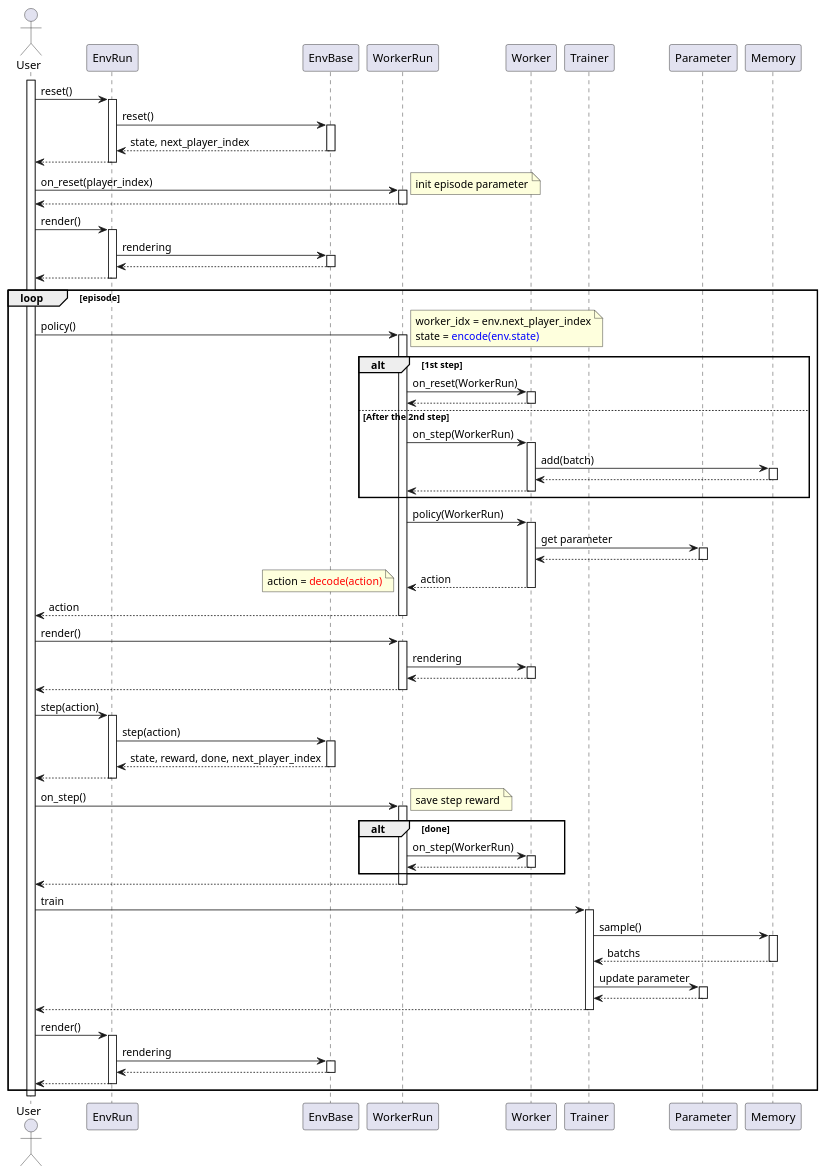
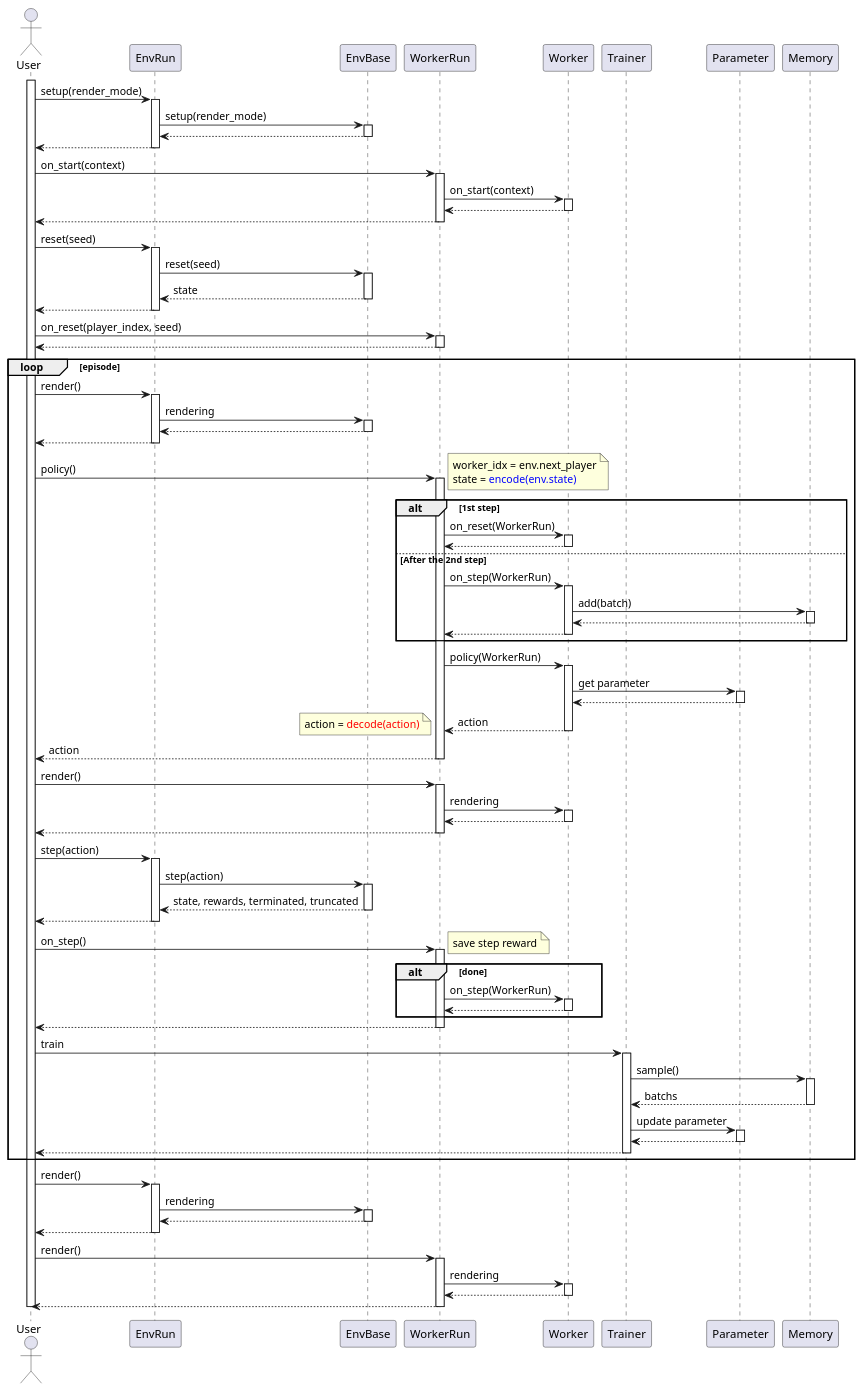
Before and after one commit to pocokhc/simple_distributed_rl: the diagram in diagrams/playflow.pu, drawn with PlantUML. The commit also changed 6 other files, not shown here.

Commit message:
[diagrams] update

```diff
--- a/diagrams/playflow.pu
+++ b/diagrams/playflow.pu
@@ -1,96 +1,109 @@
 @startuml playflow
 autoactivate on
 
 actor User
 
 participant EnvRun
 participant EnvBase
 
 participant WorkerRun
 participant Worker
 
 participant Trainer
 participant Parameter
 participant Memory
 
 
 activate User
 
-User -> EnvRun: reset()
-    EnvRun -> EnvBase: reset()
-    return state, next_player_index
-return
-
-User -> WorkerRun: on_reset(player_index)
-    note right: init episode parameter
-return
-
-User -> EnvRun: render()
-    EnvRun -> EnvBase: rendering
+User -> EnvRun: setup(render_mode)
+    EnvRun -> EnvBase: setup(render_mode)
     return
 return
 
+User -> WorkerRun: on_start(context)
+    WorkerRun -> Worker: on_start(context)
+    return
+return
+
+User -> EnvRun: reset(seed)
+    EnvRun -> EnvBase: reset(seed)
+    return state
+return
+
+User -> WorkerRun: on_reset(player_index, seed)
+return
+
 loop episode
+    User -> EnvRun: render()
+        EnvRun -> EnvBase: rendering
+        return
+    return
 
     User -> WorkerRun: policy()
         note right
-        worker_idx = env.next_player_index
+        worker_idx = env.next_player
         state = <color blue>encode(env.state)</color>
         end note
 
         alt 1st step
             WorkerRun -> Worker: on_reset(WorkerRun)
             return
         else After the 2nd step
             WorkerRun -> Worker: on_step(WorkerRun)
                 Worker -> Memory: add(batch)
                 return
             return
         end
 
         WorkerRun -> Worker: policy(WorkerRun)
             Worker -> Parameter: get parameter
             return
         return action
 
         note left
         action = <color red>decode(action)</color>
         end note
     return action
 
     User -> WorkerRun: render()
         WorkerRun -> Worker: rendering
         return
     return
     
     User -> EnvRun: step(action)
         EnvRun -> EnvBase: step(action)
-        return state, reward, done, next_player_index
+        return state, rewards, terminated, truncated
     return
 
     User -> WorkerRun: on_step()
         note right
         save step reward
         end note
         alt done
             WorkerRun -> Worker: on_step(WorkerRun)
             return
         end
     return
 
     User -> Trainer: train
         Trainer -> Memory: sample()
         return batchs
         Trainer -> Parameter: update parameter
         return
     return
 
-    User -> EnvRun: render()
-        EnvRun -> EnvBase: rendering
-        return
+end
+
+User -> EnvRun: render()
+    EnvRun -> EnvBase: rendering
     return
+return
+User -> WorkerRun: render()
+    WorkerRun -> Worker: rendering
+    return
+return
 
-end
 deactivate User
 
 @enduml
```
